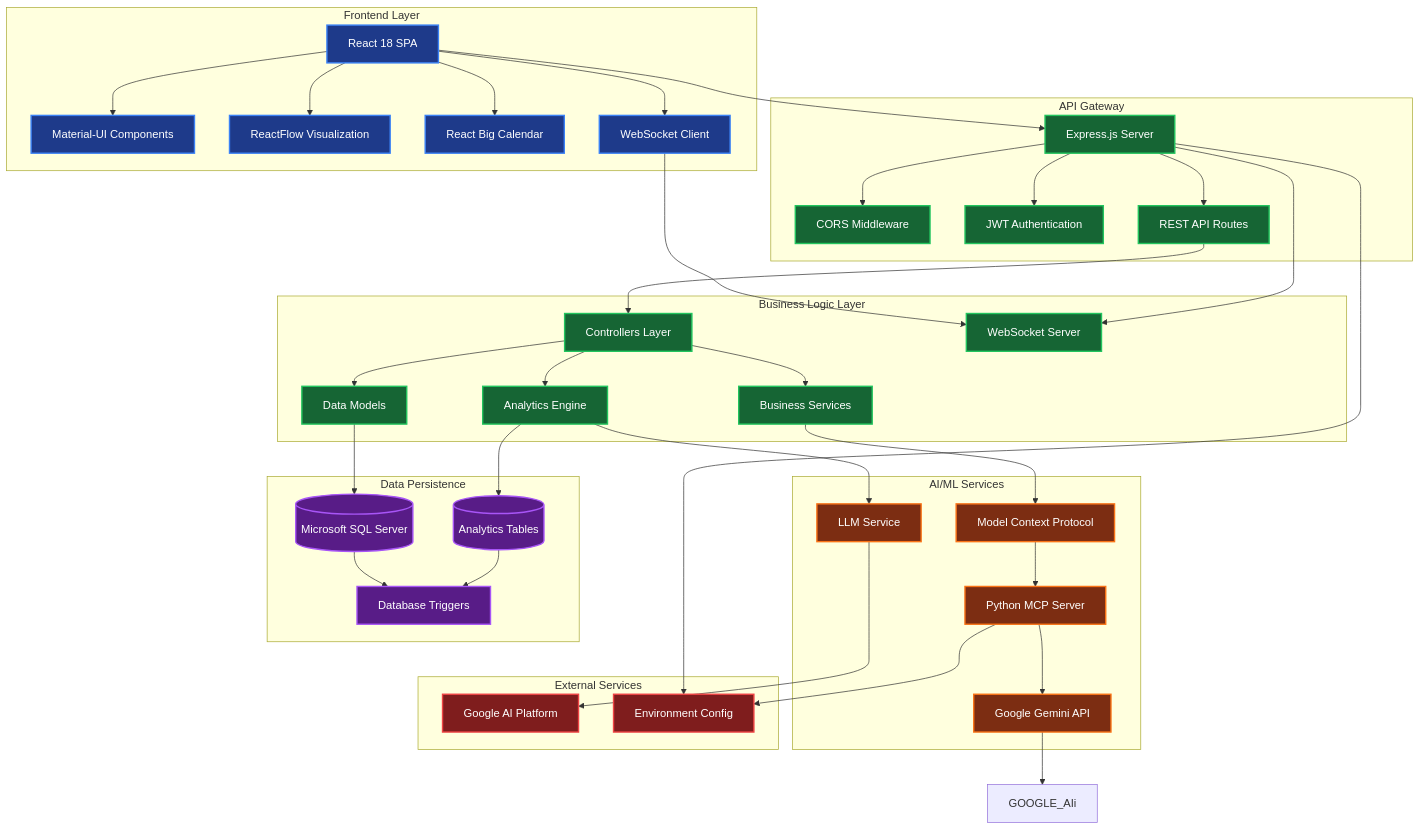
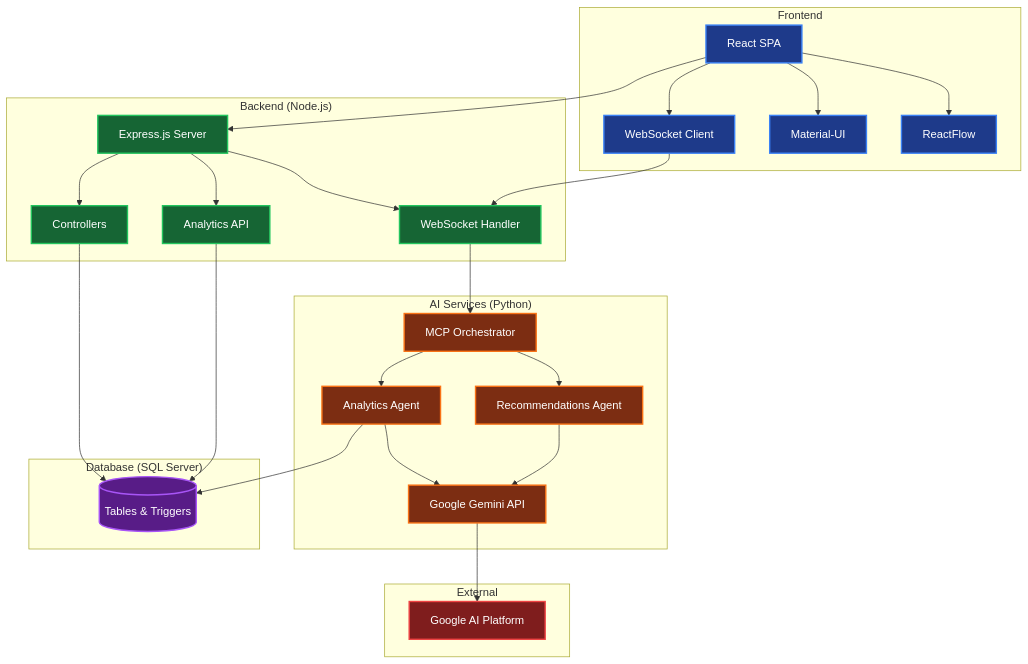
One commit to PabloP150/proyecto-is-cc6 changed the diagram in taskmate-architecture-diagram.md. Above: the diagram before and after it, drawn with Mermaid. The commit also changed other lines of this file and 56 other files, not shown here.

````diff
--- a/taskmate-architecture-diagram.md
+++ b/taskmate-architecture-diagram.md
@@ -3,91 +3,70 @@
 ```mermaid
 graph TB
     %% Frontend Layer
-    subgraph "Frontend Layer"
-        UI[React 18 SPA]
-        MUI[Material-UI Components]
-        RF[ReactFlow Visualization]
-        CAL[React Big Calendar]
+    subgraph "Frontend"
         WS_CLIENT[WebSocket Client]
+        MUI[Material-UI]
+        RF[ReactFlow]
+        UI[React SPA]
     end
 
-    %% API Gateway Layer
-    subgraph "API Gateway"
+    %% Backend Layer
+    subgraph "Backend (Node.js)"
         EXPRESS[Express.js Server]
-        CORS[CORS Middleware]
-        JWT[JWT Authentication]
-        ROUTES[REST API Routes]
-    end
-
-    %% Business Logic Layer
-    subgraph "Business Logic Layer"
-        CONTROLLERS[Controllers Layer]
-        MODELS[Data Models]
-        SERVICES[Business Services]
-        ANALYTICS[Analytics Engine]
-        WEBSOCKET[WebSocket Server]
+        ANALYTICS_API[Analytics API]
+        CONTROLLERS[Controllers]
+        WS_SERVER[WebSocket Handler]
     end
 
     %% AI/ML Layer
-    subgraph "AI/ML Services"
-        MCP[Model Context Protocol]
+    subgraph "AI Services (Python)"
+        MCP_ORCHESTRATOR[MCP Orchestrator]
+        RECS_AGENT[Recommendations Agent]
+        ANALYTICS_AGENT[Analytics Agent]
         GEMINI[Google Gemini API]
-        PYTHON[Python MCP Server]
-        LLM[LLM Service]
     end
 
     %% Data Layer
-    subgraph "Data Persistence"
-        MSSQL[(Microsoft SQL Server)]
-        ANALYTICS_DB[(Analytics Tables)]
-        TRIGGERS[Database Triggers]
+    subgraph "Database (SQL Server)"
+        DB_SCHEMA[(Tables & Triggers)]
     end
 
     %% External Services
-    subgraph "External Services"
+    subgraph "External"
         GOOGLE_AI[Google AI Platform]
-        ENV[Environment Config]
     end
 
     %% Frontend Connections
     UI --> MUI
     UI --> RF
-    UI --> CAL
     UI --> WS_CLIENT
 
     %% Frontend to Backend
     UI --> EXPRESS
-    WS_CLIENT --> WEBSOCKET
+    WS_CLIENT --> WS_SERVER
 
-    %% API Gateway
-    EXPRESS --> CORS
-    EXPRESS --> JWT
-    EXPRESS --> ROUTES
+    %% Backend Internal
+    EXPRESS --> ANALYTICS_API
+    EXPRESS --> CONTROLLERS
+    EXPRESS --> WS_SERVER
 
-    %% Business Logic Connections
-    ROUTES --> CONTROLLERS
-    CONTROLLERS --> MODELS
-    CONTROLLERS --> SERVICES
-    CONTROLLERS --> ANALYTICS
-    EXPRESS --> WEBSOCKET
+    %% Backend to AI
+    WS_SERVER --> MCP_ORCHESTRATOR
 
-    %% AI/ML Connections
-    SERVICES --> MCP
-    MCP --> PYTHON
-    PYTHON --> GEMINI
-    ANALYTICS --> LLM
-    LLM --> GOOGLE_AI
+    %% AI TO DB
+    ANALYTICS_AGENT --> DB_SCHEMA
+
+    %% AI Internal Connections
+    MCP_ORCHESTRATOR --> ANALYTICS_AGENT
+    MCP_ORCHESTRATOR --> RECS_AGENT
+    RECS_AGENT --> GEMINI
+    ANALYTICS_AGENT --> GEMINI
+    GEMINI --> GOOGLE_AI
 
     %% Data Connections
-    MODELS --> MSSQL
-    ANALYTICS --> ANALYTICS_DB
-    MSSQL --> TRIGGERS
-    ANALYTICS_DB --> TRIGGERS
-
-    %% External Connections
-    GEMINI --> GOOGLE_AIi
-    PYTHON --> ENV
-    EXPRESS --> ENV
+    ANALYTICS_API --> DB_SCHEMA
+    CONTROLLERS --> DB_SCHEMA
+    
 
     %% Styling
     classDef frontend fill:#1e3a8a,stroke:#3b82f6,stroke-width:2px,color:#ffffff
@@ -97,8 +76,8 @@
     classDef external fill:#7f1d1d,stroke:#ef4444,stroke-width:2px,color:#ffffff
 
     class UI,MUI,RF,CAL,WS_CLIENT frontend
-    class EXPRESS,CORS,JWT,ROUTES,CONTROLLERS,MODELS,SERVICES,ANALYTICS,WEBSOCKET backend
-    class MCP,GEMINI,PYTHON,LLM ai
-    class MSSQL,ANALYTICS_DB,TRIGGERS data
-    class GOOGLE_AI,ENV external
+    class EXPRESS,WS_SERVER,CONTROLLERS,ANALYTICS_API backend
+    class MCP_ORCHESTRATOR,RECS_AGENT,ANALYTICS_AGENT,GEMINI ai
+    class DB_SCHEMA data
+    class GOOGLE_AI external
 ```
````
